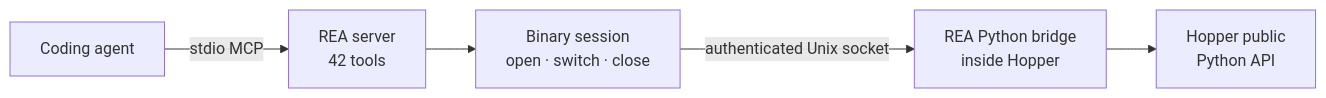
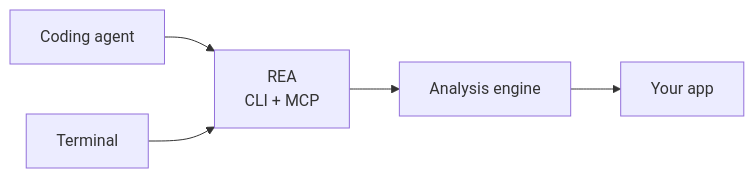
Before and after one commit to bryankwandou/rea: the diagram in README.md, drawn with Mermaid. The commit also changed other lines of this file and 15 other files, not shown here.

Commit message:
Simplify REA onboarding and app targeting

````diff
--- a/README.md
+++ b/README.md
@@ -168,7 +177,7 @@
 ```mermaid
 flowchart LR
-    Agent["Coding agent"] -->|stdio MCP| REA["REA server<br/>42 tools"]
-    REA --> Session["Binary session<br/>open · switch · close"]
-    Session -->|authenticated Unix socket| Bridge["REA Python bridge<br/>inside Hopper"]
-    Bridge --> API["Hopper public<br/>Python API"]
+    Agent["Coding agent"] --> REA["REA<br/>CLI + MCP"]
+    Terminal --> REA
+    REA --> Hopper["Analysis engine"]
+    Hopper --> App["Your app"]
 ```
````
